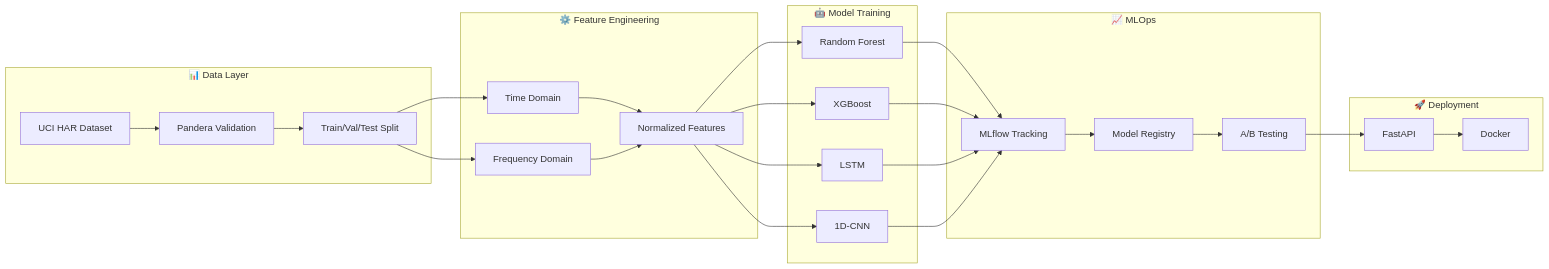
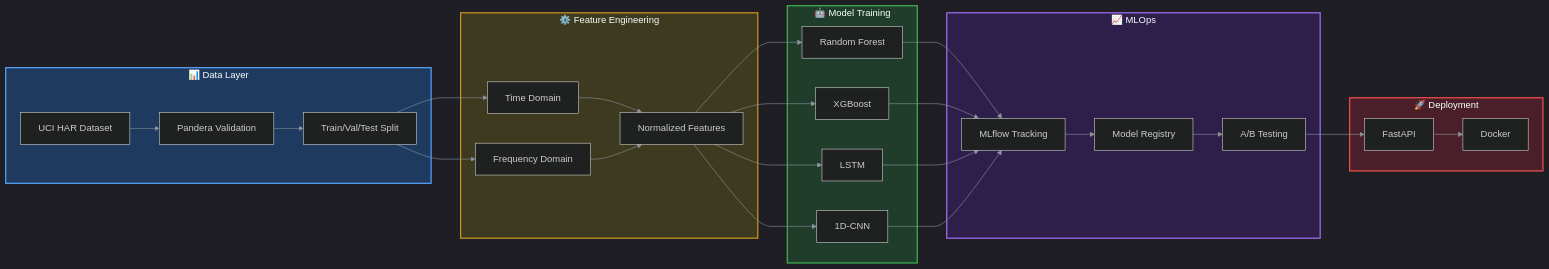
Before and after one commit to deepakdeo/fittrack-ml: the diagram in README.md, drawn with Mermaid. The commit also changed other lines of this file and 1 other file, not shown here.

Commit message:
Add header banner and enhance Mermaid styling

````diff
--- a/README.md
+++ b/README.md
@@ -14,32 +18,39 @@
 ```mermaid
+%%{init: {'theme': 'dark', 'themeVariables': { 'primaryColor': '#58a6ff', 'primaryTextColor': '#e6edf3', 'primaryBorderColor': '#30363d', 'lineColor': '#8b949e', 'secondaryColor': '#161b22', 'tertiaryColor': '#0d1117'}}}%%
 flowchart LR
     subgraph Data["📊 Data Layer"]
         A[UCI HAR Dataset] --> B[Pandera Validation]
         B --> C[Train/Val/Test Split]
     end
 
     subgraph Features["⚙️ Feature Engineering"]
         C --> D[Time Domain]
         C --> E[Frequency Domain]
         D --> F[Normalized Features]
         E --> F
     end
 
     subgraph Models["🤖 Model Training"]
         F --> G[Random Forest]
         F --> H[XGBoost]
         F --> I[LSTM]
         F --> J[1D-CNN]
     end
 
     subgraph MLOps["📈 MLOps"]
         G & H & I & J --> K[MLflow Tracking]
         K --> L[Model Registry]
         L --> M[A/B Testing]
     end
 
     subgraph Deploy["🚀 Deployment"]
         M --> N[FastAPI]
         N --> O[Docker]
     end
+
+    style Data fill:#1f3a5f,stroke:#58a6ff,stroke-width:2px
+    style Features fill:#3d3a1f,stroke:#d29922,stroke-width:2px
+    style Models fill:#1f3d2a,stroke:#3fb950,stroke-width:2px
+    style MLOps fill:#2d1f4a,stroke:#a371f7,stroke-width:2px
+    style Deploy fill:#4a1f2a,stroke:#f85149,stroke-width:2px
 ```
````
